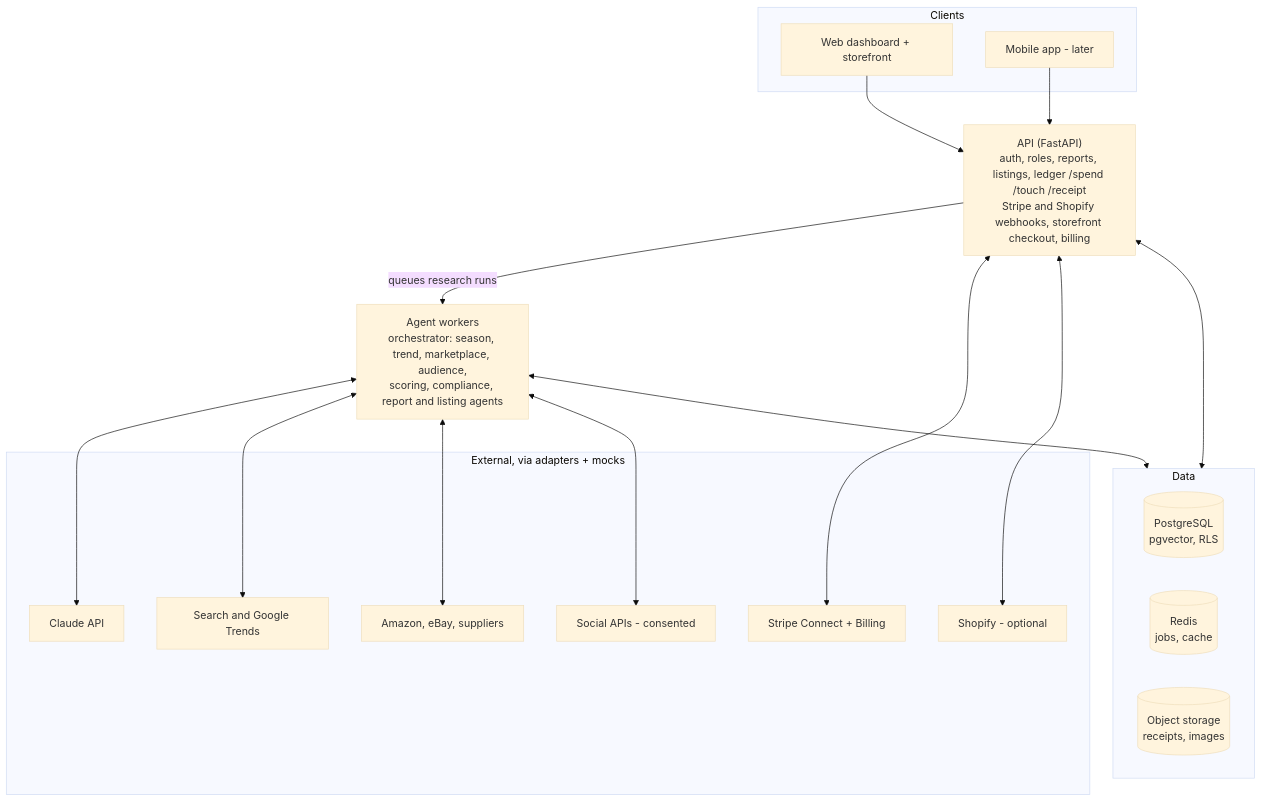
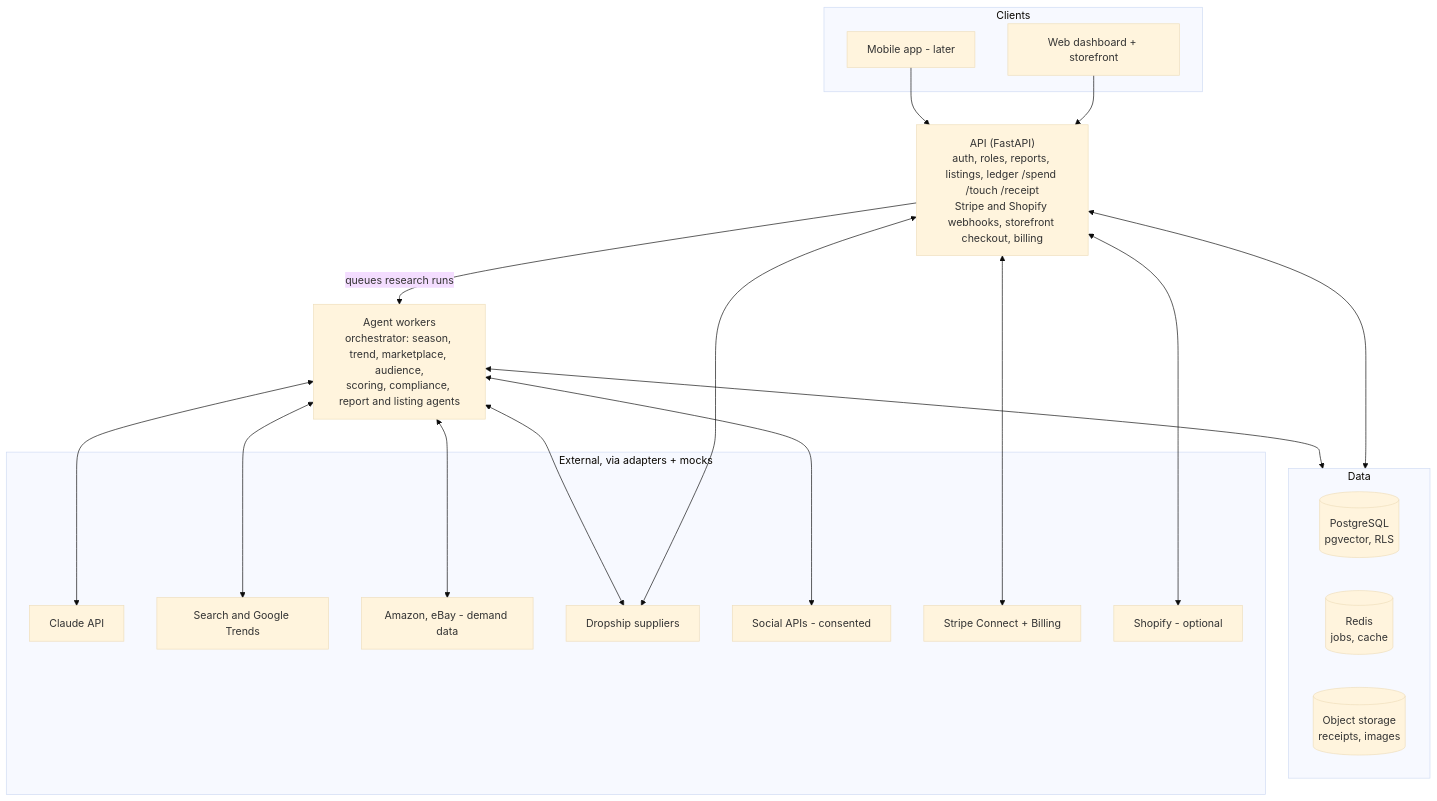
The diagram in docs/PRD.md (David-gbenga/momentsales.ai), drawn with Mermaid (base theme) before and after one commit. The commit also changed other lines of this file and 2 other files, not shown here.

````diff
--- a/docs/PRD.md
+++ b/docs/PRD.md
@@ -299,33 +410,36 @@
 ```mermaid
 flowchart TB
   subgraph Clients
     WEB[Web dashboard + storefront]
     MOB[Mobile app - later]
   end
   API["API (FastAPI)<br/>auth, roles, reports, listings, ledger /spend /touch /receipt<br/>Stripe and Shopify webhooks, storefront checkout, billing"]
   WRK["Agent workers<br/>orchestrator: season, trend, marketplace, audience,<br/>scoring, compliance, report and listing agents"]
   subgraph Data
     PG[(PostgreSQL<br/>pgvector, RLS)]
     RD[(Redis<br/>jobs, cache)]
     S3[(Object storage<br/>receipts, images)]
   end
   subgraph External["External, via adapters + mocks"]
     LLM[Claude API]
     SERP[Search and Google Trends]
-    MKT[Amazon, eBay, suppliers]
+    MKT[Amazon, eBay - demand data]
+    SUP[Dropship suppliers]
     SOC[Social APIs - consented]
     STR[Stripe Connect + Billing]
     SHP[Shopify - optional]
   end
   WEB --> API
   MOB --> API
   API -- queues research runs --> WRK
   API <--> Data
   WRK <--> Data
   API <--> STR
   API <--> SHP
   WRK <--> LLM
   WRK <--> SERP
   WRK <--> MKT
   WRK <--> SOC
+  API <--> SUP
+  WRK <--> SUP
 ```
````
